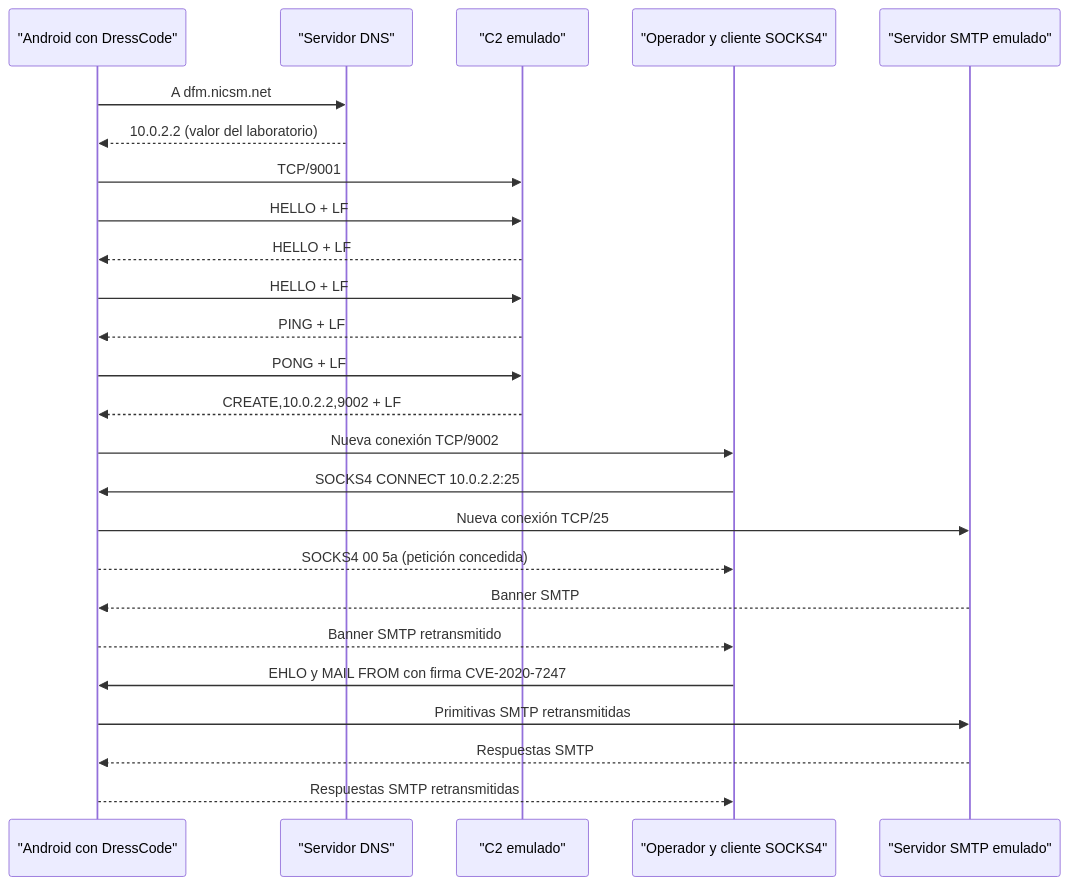
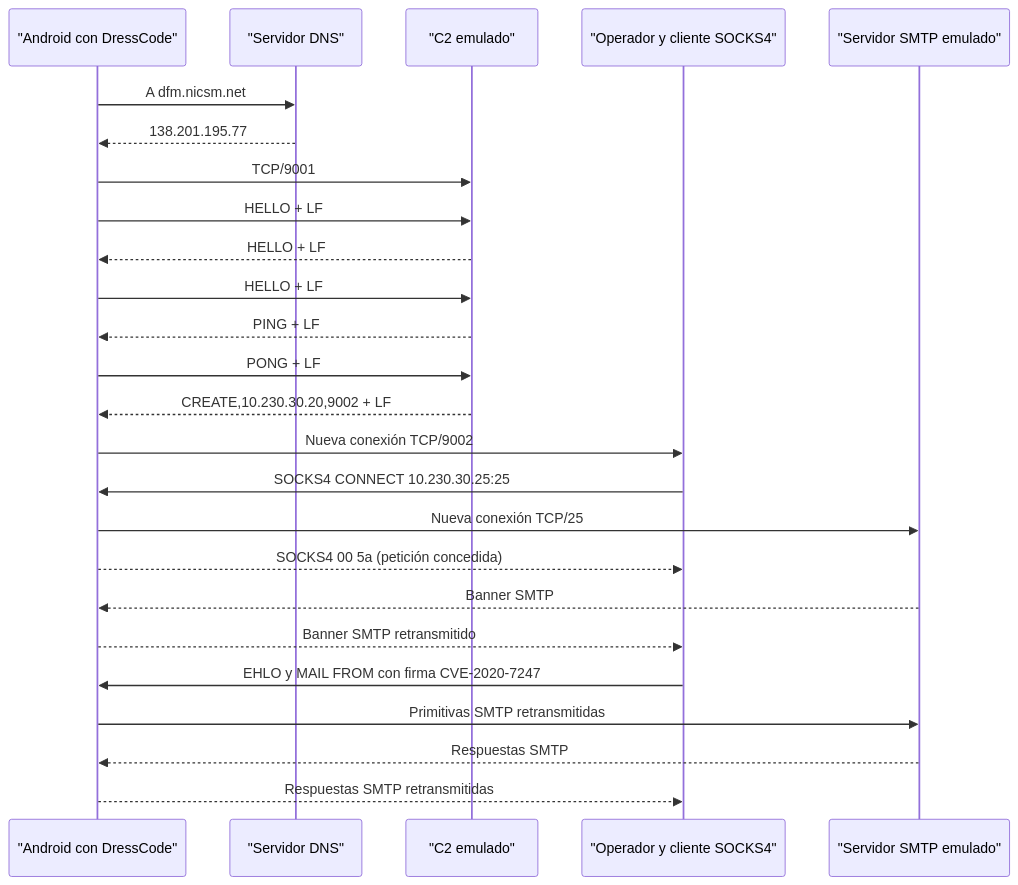
The diagram in Documentos/Markdowns/S0300-DressCode.md (Juan-dpa/MITRE-Mobile-Network-Detection-Analysis), drawn with Mermaid before and after one commit. The commit also changed other lines of this file and 350 other files, not shown here.

````diff
--- a/Documentos/Markdowns/S0300-DressCode.md
+++ b/Documentos/Markdowns/S0300-DressCode.md
@@ -213,28 +213,28 @@
 ```mermaid
 sequenceDiagram
     participant V as "Android con DressCode"
     participant DNS as "Servidor DNS"
     participant C2 as "C2 emulado"
     participant O as "Operador y cliente SOCKS4"
     participant S as "Servidor SMTP emulado"
 
     V->>DNS: A dfm.nicsm.net
-    DNS-->>V: 10.0.2.2 (valor del laboratorio)
+    DNS-->>V: 138.201.195.77
     V->>C2: TCP/9001
     V->>C2: HELLO + LF
     C2-->>V: HELLO + LF
     V->>C2: HELLO + LF
     C2-->>V: PING + LF
     V->>C2: PONG + LF
-    C2-->>V: CREATE,10.0.2.2,9002 + LF
+    C2-->>V: CREATE,10.230.30.20,9002 + LF
     V->>O: Nueva conexión TCP/9002
-    O->>V: SOCKS4 CONNECT 10.0.2.2:25
+    O->>V: SOCKS4 CONNECT 10.230.30.25:25
     V->>S: Nueva conexión TCP/25
     V-->>O: SOCKS4 00 5a (petición concedida)
     S-->>V: Banner SMTP
     V-->>O: Banner SMTP retransmitido
     O->>V: EHLO y MAIL FROM con firma CVE-2020-7247
     V->>S: Primitivas SMTP retransmitidas
     S-->>V: Respuestas SMTP
     V-->>O: Respuestas SMTP retransmitidas
 ```
````
